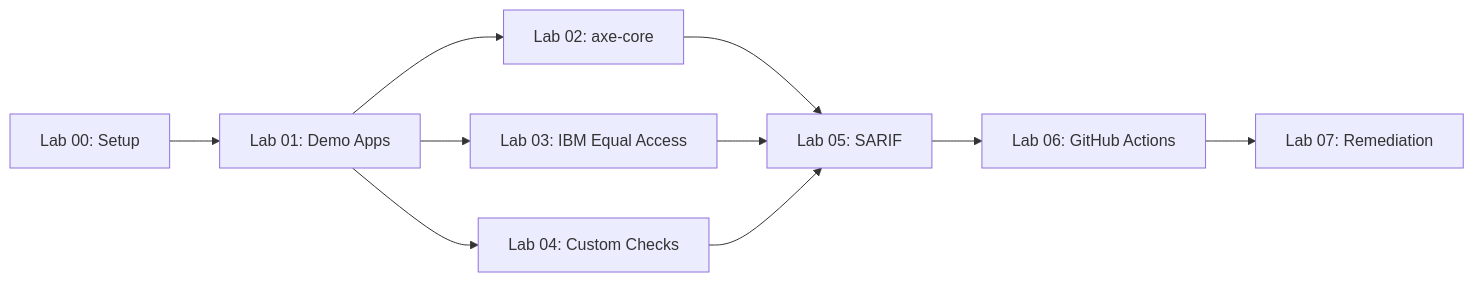
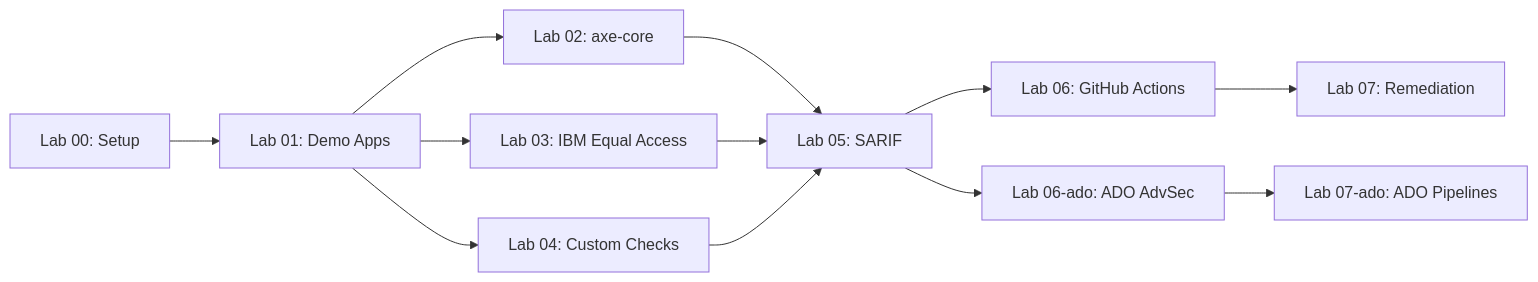
One commit to devopsabcs-engineering/accessibility-scan-workshop changed the diagram in index.md. Above: the diagram before and after it, drawn with Mermaid. The commit also changed other lines of this file and 8 other files, not shown here.

First line of the commit message:
Add Lab 06-ado and Lab 07-ado documentation with screenshot inventories and YAML pipeline details

````diff
--- a/index.md
+++ b/index.md
@@ -16,12 +16,14 @@
 ```mermaid
 graph LR
     L00[Lab 00: Setup] --> L01[Lab 01: Demo Apps]
     L01 --> L02[Lab 02: axe-core]
     L01 --> L03[Lab 03: IBM Equal Access]
     L01 --> L04[Lab 04: Custom Checks]
     L02 --> L05[Lab 05: SARIF]
     L03 --> L05
     L04 --> L05
     L05 --> L06[Lab 06: GitHub Actions]
+    L05 --> L06A[Lab 06-ado: ADO AdvSec]
     L06 --> L07[Lab 07: Remediation]
+    L06A --> L07A[Lab 07-ado: ADO Pipelines]
 ```
````
